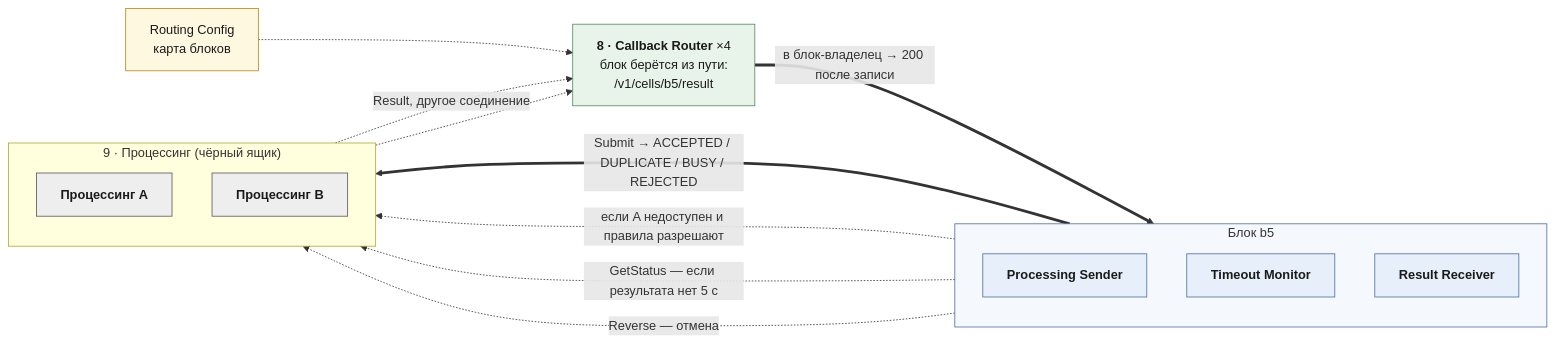
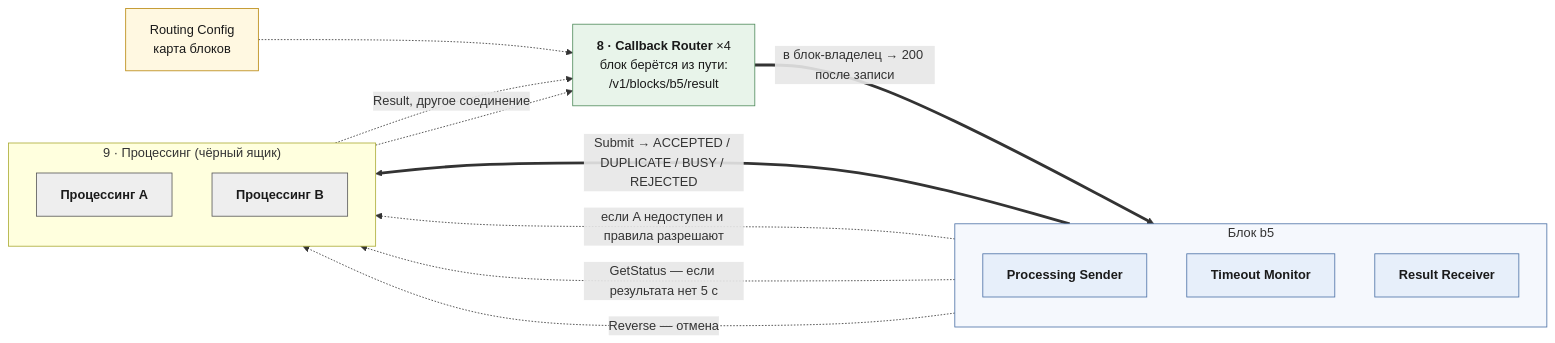
One commit to xrudenkov/L2 changed the diagram in docs/design/diagrams/layers-8-9-processing.mmd. Above: the diagram before and after it, drawn with Mermaid. The commit also changed 20 other files, not shown here.

```diff
--- a/docs/design/diagrams/layers-8-9-processing.mmd
+++ b/docs/design/diagrams/layers-8-9-processing.mmd
@@ -1,40 +1,40 @@
 %% Слои 8-9: обмен с процессингом. Только Mermaid.
 flowchart LR
-    subgraph CELL["Блок b5"]
+    subgraph BLOCK["Блок b5"]
         direction TB
         PS["<b>Processing Sender</b>"]
         TM["<b>Timeout Monitor</b>"]
         RR["<b>Result Receiver</b>"]
     end
 
     subgraph L9["9 · Процессинг (чёрный ящик)"]
         direction TB
         PA["<b>Процессинг A</b>"]
         PB["<b>Процессинг B</b>"]
     end
 
-    CR["<b>8 · Callback Router</b> ×4<br/>блок берётся из пути:<br/>/v1/cells/b5/result"]
+    CR["<b>8 · Callback Router</b> ×4<br/>блок берётся из пути:<br/>/v1/blocks/b5/result"]
     RC["Routing Config<br/>карта блоков"]
 
     PS ==>|"Submit → ACCEPTED / DUPLICATE / BUSY / REJECTED"| PA
     PS -.->|"если A недоступен и правила разрешают"| PB
     TM -.->|"GetStatus — если результата нет 5 с"| PA
     TM -.->|"Reverse — отмена"| PA
     PA -.->|"Result, другое соединение"| CR
     PB -.-> CR
     CR ==>|"в блок-владелец → 200 после записи"| RR
     RC -.-> CR
 
     classDef pos fill:#eef2f7,stroke:#5b6b7f,color:#1a1a1a
     classDef edge fill:#e8f4ea,stroke:#4f8a5b,color:#1a1a1a
-    classDef cell fill:#e7effa,stroke:#4a6fa5,color:#1a1a1a
+    classDef blk fill:#e7effa,stroke:#4a6fa5,color:#1a1a1a
     classDef db fill:#f1eaf7,stroke:#7c5aa0,color:#1a1a1a
     classDef hsm fill:#fbe9e7,stroke:#b0524b,color:#1a1a1a
     classDef obs fill:#fff3dc,stroke:#b8860b,color:#1a1a1a
     classDef proc fill:#eeeeee,stroke:#555555,color:#1a1a1a
     classDef ctl fill:#fff8e1,stroke:#b8860b,color:#1a1a1a
-    class PS,TM,RR cell
+    class PS,TM,RR blk
     class PA,PB proc
     class CR edge
     class RC ctl
-    style CELL fill:#f5f8fd,stroke:#4a6fa5
+    style BLOCK fill:#f5f8fd,stroke:#4a6fa5
```
